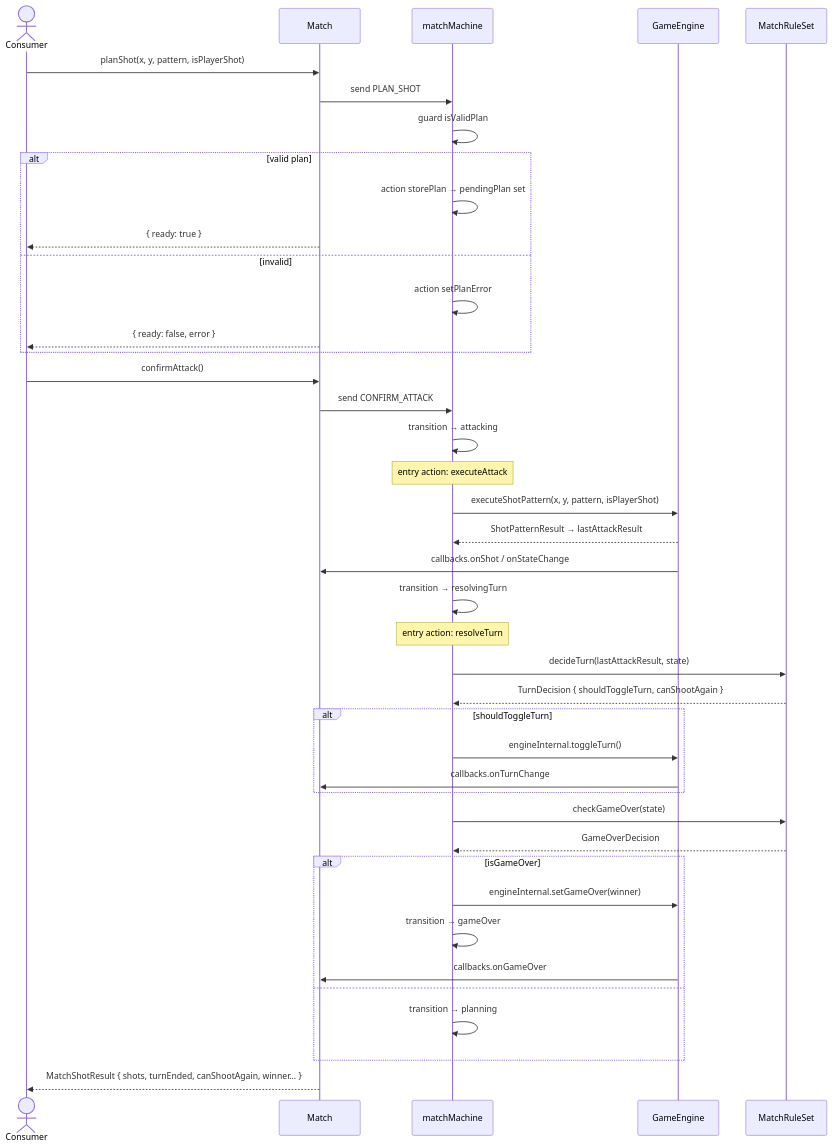
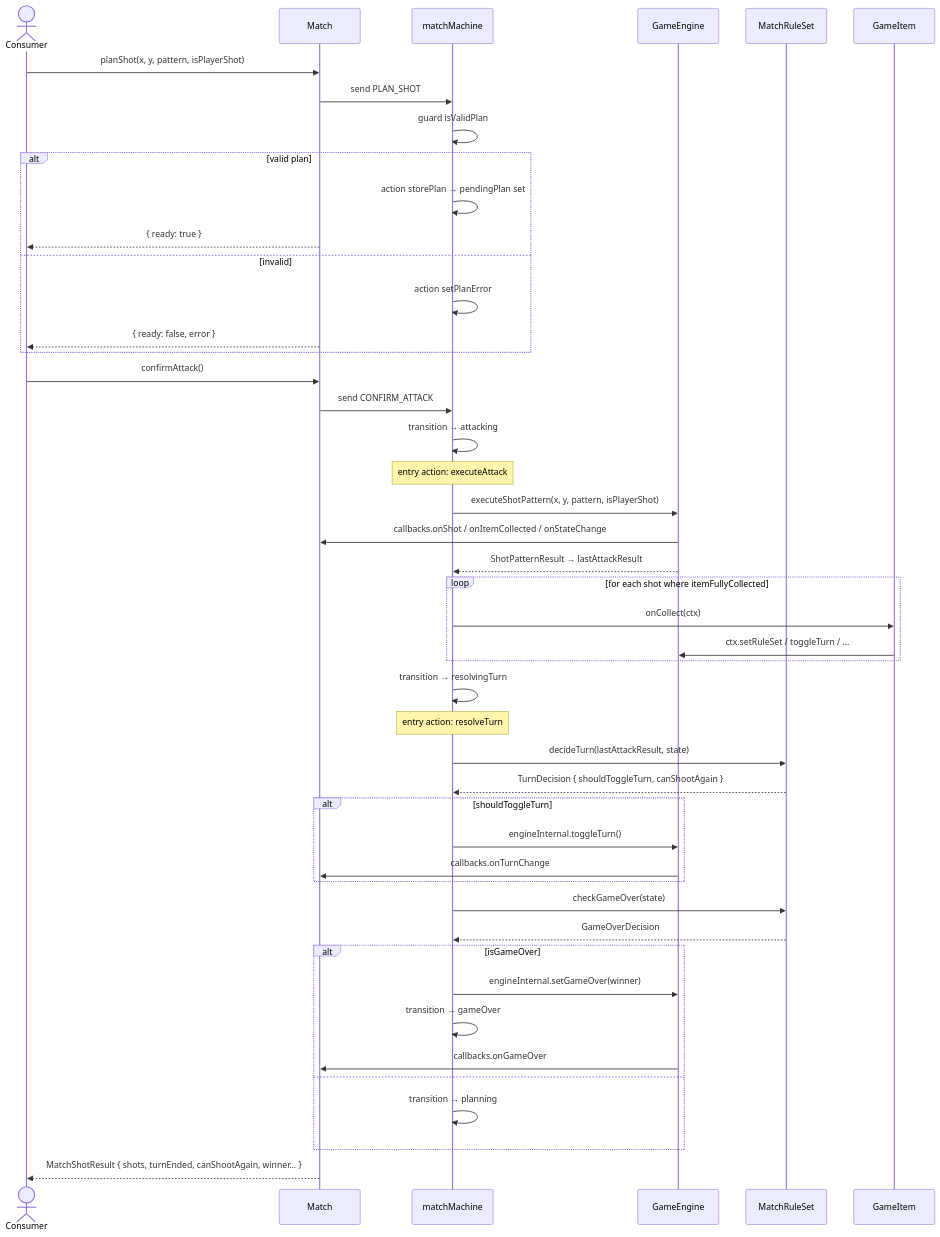
The third of 10 diagrams in docs/core-architecture.md (alexsantos-eth/armada-engine), drawn with Mermaid before and after one commit. The commit also changed other lines of this file and 6 other files, not shown here.

Commit message:
[ move ] match callbacks to matchMachine

````diff
--- a/docs/core-architecture.md
+++ b/docs/core-architecture.md
@@ -98,55 +98,59 @@
 ```mermaid
 sequenceDiagram
     actor Consumer
     participant Match
     participant matchMachine
     participant GameEngine
     participant MatchRuleSet
 
     Consumer->>Match: planShot(x, y, pattern, isPlayerShot)
     Match->>matchMachine: send PLAN_SHOT
     matchMachine->>matchMachine: guard isValidPlan
     alt valid plan
         matchMachine->>matchMachine: action storePlan → pendingPlan set
         Match-->>Consumer: { ready: true }
     else invalid
         matchMachine->>matchMachine: action setPlanError
         Match-->>Consumer: { ready: false, error }
     end
 
     Consumer->>Match: confirmAttack()
     Match->>matchMachine: send CONFIRM_ATTACK
     matchMachine->>matchMachine: transition → attacking
 
     Note over matchMachine: entry action: executeAttack
 
     matchMachine->>GameEngine: executeShotPattern(x, y, pattern, isPlayerShot)
+    GameEngine->>Match: callbacks.onShot / onItemCollected / onStateChange
     GameEngine-->>matchMachine: ShotPatternResult → lastAttackResult
 
-    GameEngine->>Match: callbacks.onShot / onStateChange
+    loop for each shot where itemFullyCollected
+        matchMachine->>GameItem: onCollect(ctx)
+        GameItem->>GameEngine: ctx.setRuleSet / toggleTurn / …
+    end
 
     matchMachine->>matchMachine: transition → resolvingTurn
 
     Note over matchMachine: entry action: resolveTurn
 
     matchMachine->>MatchRuleSet: decideTurn(lastAttackResult, state)
     MatchRuleSet-->>matchMachine: TurnDecision { shouldToggleTurn, canShootAgain }
 
     alt shouldToggleTurn
         matchMachine->>GameEngine: engineInternal.toggleTurn()
         GameEngine->>Match: callbacks.onTurnChange
     end
 
     matchMachine->>MatchRuleSet: checkGameOver(state)
     MatchRuleSet-->>matchMachine: GameOverDecision
 
     alt isGameOver
         matchMachine->>GameEngine: engineInternal.setGameOver(winner)
         matchMachine->>matchMachine: transition → gameOver
         GameEngine->>Match: callbacks.onGameOver
     else
         matchMachine->>matchMachine: transition → planning
     end
 
     Match-->>Consumer: MatchShotResult { shots, turnEnded, canShootAgain, winner… }
 ```
````
